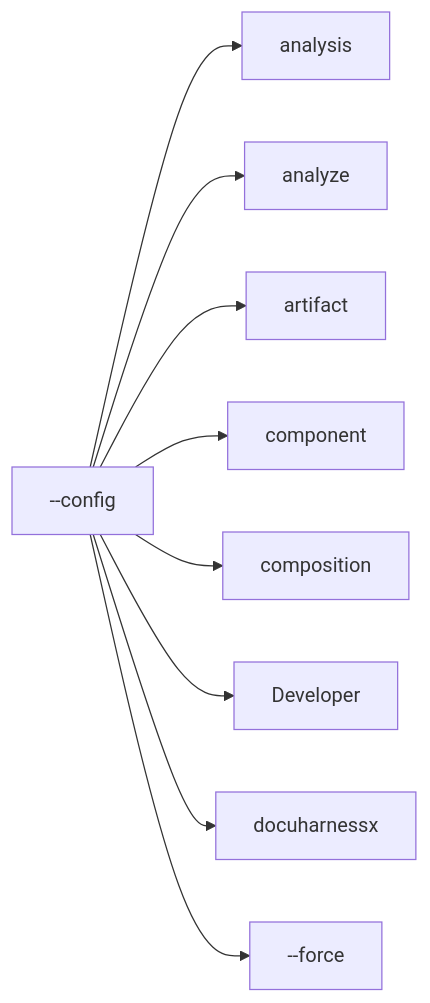
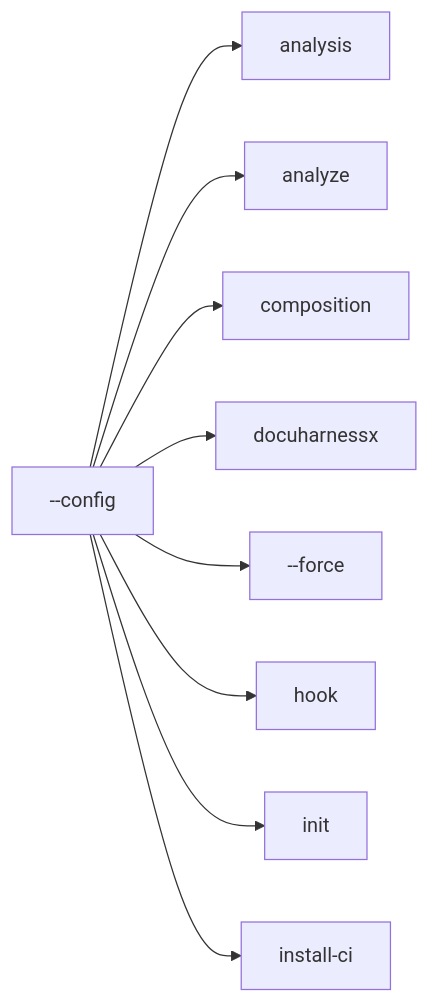
Before and after one commit to norandom/DocuHarnessX: the seventh of 30 diagrams in docs/glossary.md, drawn with Mermaid. The commit also changed other lines of this file and 7 other files, not shown here.

````diff
--- a/docs/glossary.md
+++ b/docs/glossary.md
@@ -324,20 +243,20 @@
 ```mermaid
 flowchart LR
   here["--config"]
   r0["analysis"]
   here --> r0
   r1["analyze"]
   here --> r1
-  r2["artifact"]
+  r2["composition"]
   here --> r2
-  r3["component"]
+  r3["docuharnessx"]
   here --> r3
-  r4["composition"]
+  r4["--force"]
   here --> r4
-  r5["Developer"]
+  r5["hook"]
   here --> r5
-  r6["docuharnessx"]
+  r6["init"]
   here --> r6
-  r7["--force"]
+  r7["install-ci"]
   here --> r7
 ```
````
